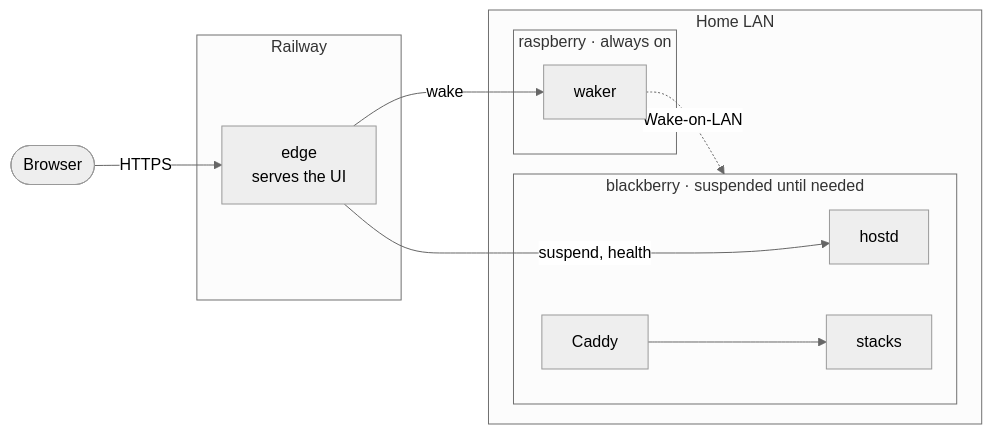
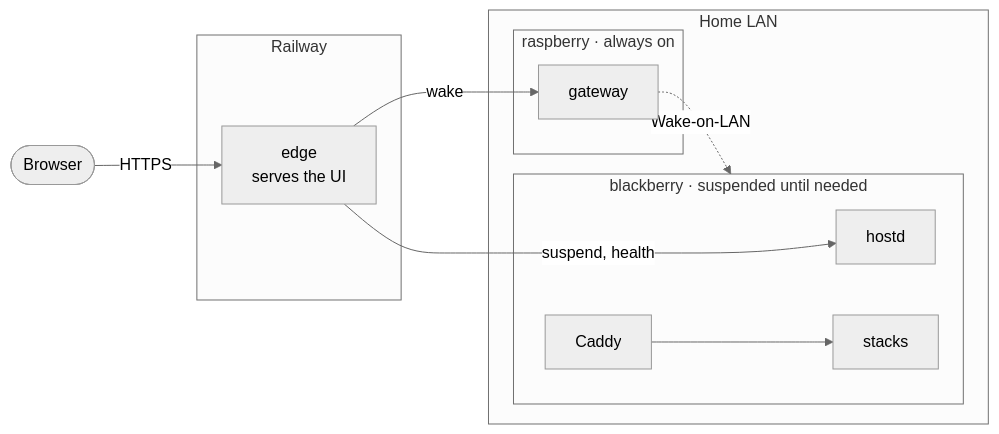
The diagram in README.md (nikbogman/cloudberry), drawn with Mermaid (neutral theme) before and after one commit. The commit also changed other lines of this file and 35 other files, not shown here.

First line of the commit message:
feat: gateway on raspberry with wake-on-request, Immich stack, HDD spindown

````diff
--- a/README.md
+++ b/README.md
@@ -11,22 +11,22 @@
 ```mermaid
 flowchart LR
   browser([Browser]) -->|HTTPS| edge
 
   subgraph railway[Railway]
     edge["edge<br/>serves the UI"]
   end
 
   subgraph lan[Home LAN]
     subgraph rb[raspberry · always on]
-      waker
+      gateway
     end
     subgraph bb[blackberry · suspended until needed]
       hostd
       caddy[Caddy] --> stacks[stacks]
     end
   end
 
-  edge -->|wake| waker
+  edge -->|wake| gateway
   edge -->|suspend, health| hostd
-  waker -.->|Wake-on-LAN| bb
+  gateway -.->|Wake-on-LAN| bb
 ```
````
